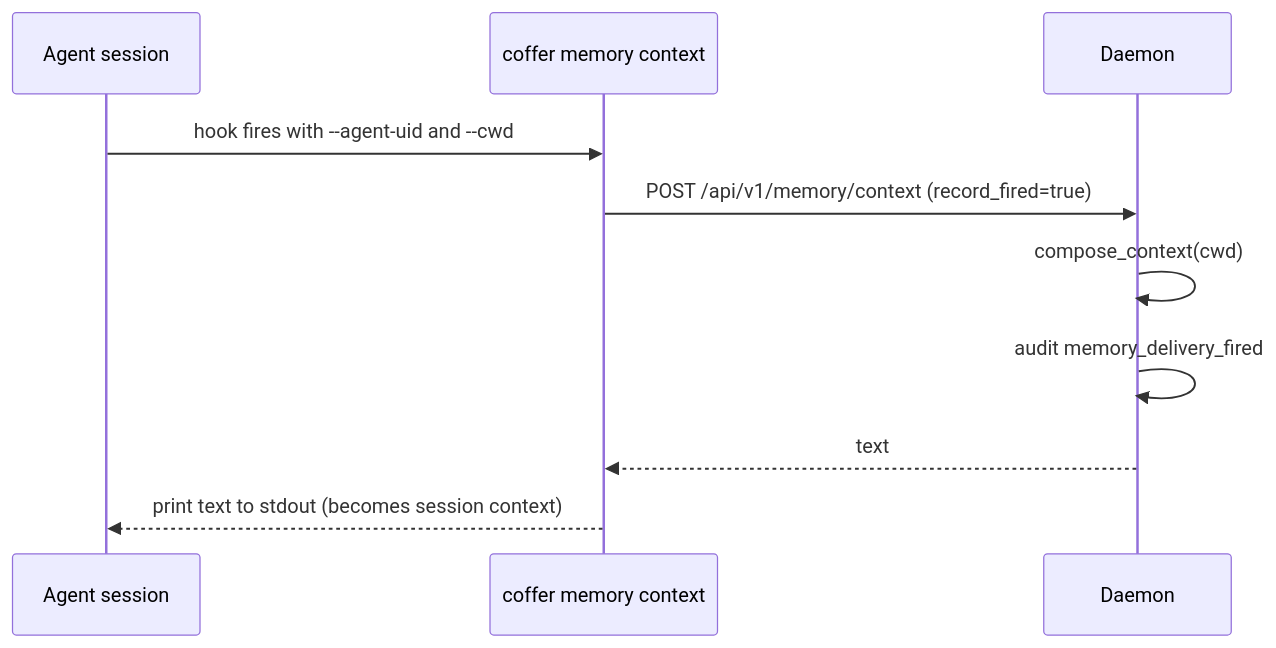
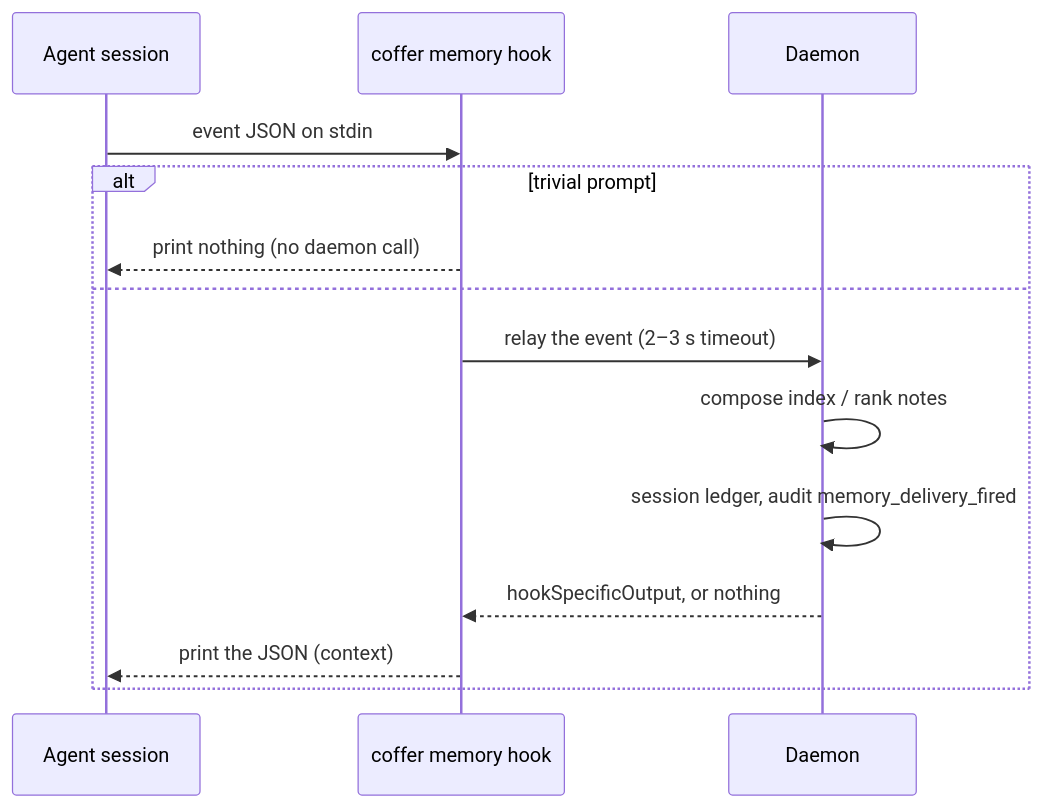
The fourth of 4 diagrams in docs-site/architecture/memory.md (wyx-sg/Coffer), drawn with Mermaid before and after one commit. The commit also changed other lines of this file and 4384 other files, not shown here.

````diff
--- a/docs-site/architecture/memory.md
+++ b/docs-site/architecture/memory.md
@@ -255,12 +325,16 @@
 ```mermaid
 sequenceDiagram
   participant A as Agent session
-  participant C as coffer memory context
+  participant C as coffer memory hook
   participant D as Daemon
-  A->>C: hook fires with --agent-uid and --cwd
-  C->>D: POST /api/v1/memory/context (record_fired=true)
-  D->>D: compose_context(cwd)
-  D->>D: audit memory_delivery_fired
-  D-->>C: text
-  C-->>A: print text to stdout (becomes session context)
+  A->>C: event JSON on stdin
+  alt trivial prompt
+    C-->>A: print nothing (no daemon call)
+  else
+    C->>D: relay the event (2–3 s timeout)
+    D->>D: compose index / rank notes
+    D->>D: session ledger, audit memory_delivery_fired
+    D-->>C: hookSpecificOutput, or nothing
+    C-->>A: print the JSON (context)
+  end
 ```
````
